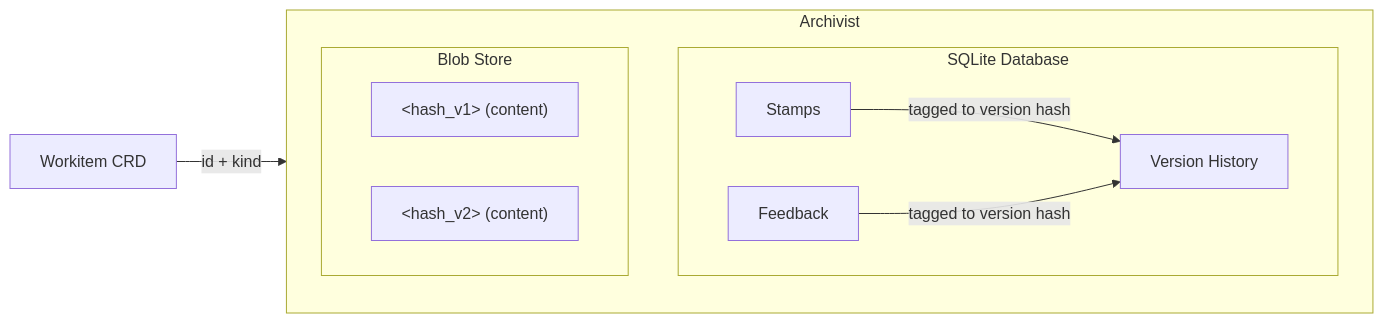
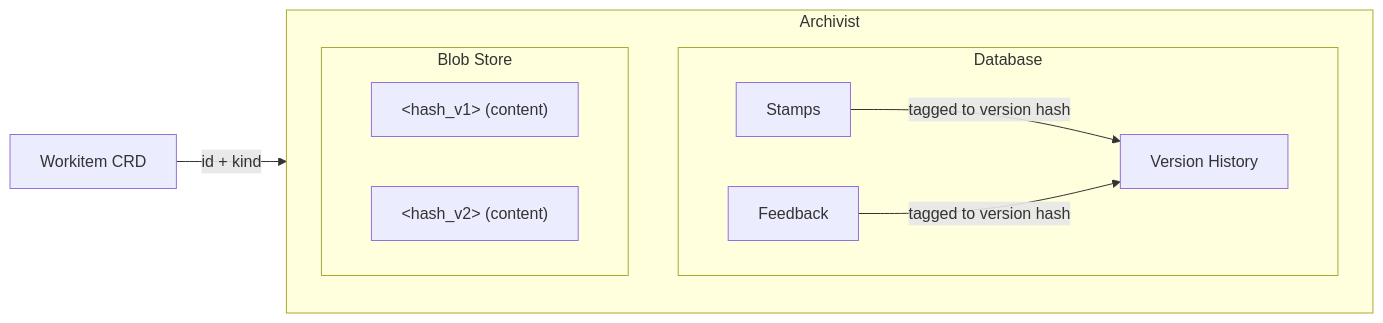
One commit to really-knows-ai/gideas changed the second of 3 diagrams in 01-concepts/02-data-model.md. Above: the diagram before and after it, drawn with Mermaid. The commit also changed other lines of this file and 4 other files, not shown here.

Commit message:
Refine documentation for clarity in terminology and processes across overview, architecture, data model, and governance sections

````diff
--- a/01-concepts/02-data-model.md
+++ b/01-concepts/02-data-model.md
@@ -222,18 +222,18 @@
 ```mermaid
 flowchart LR
     subgraph Archivist["Archivist"]
         direction TB
-        subgraph SQLite["SQLite Database"]
+        subgraph DB["Database"]
             Versions["Version History"]
             Stamps["Stamps"]
             FB["Feedback"]
         end
         subgraph Blobs["Blob Store"]
             V1["&lt;hash_v1&gt; (content)"]
             V2["&lt;hash_v2&gt; (content)"]
         end
     end
-    WI["Workitem CRD"] -->|"id + kind"| SQLite
+    WI["Workitem CRD"] -->|"id + kind"| DB
     Stamps -->|"tagged to version hash"| Versions
     FB -->|"tagged to version hash"| Versions
 ```
````
